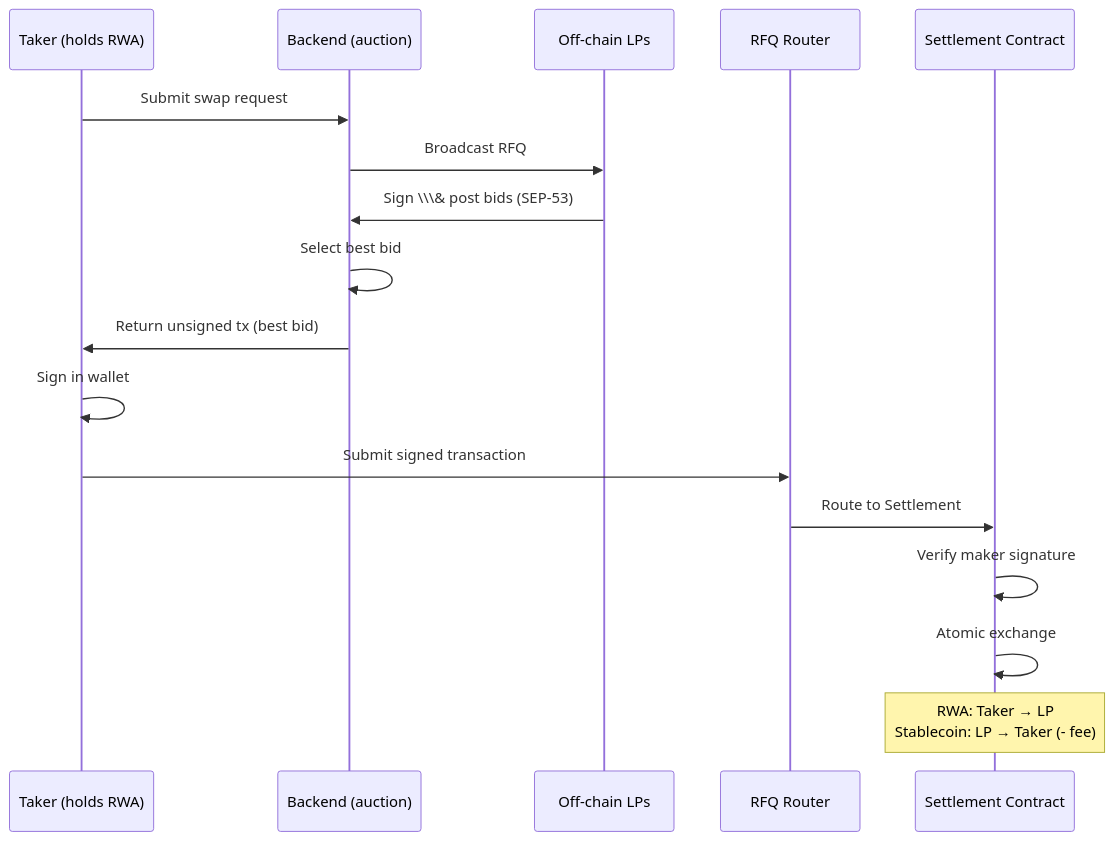
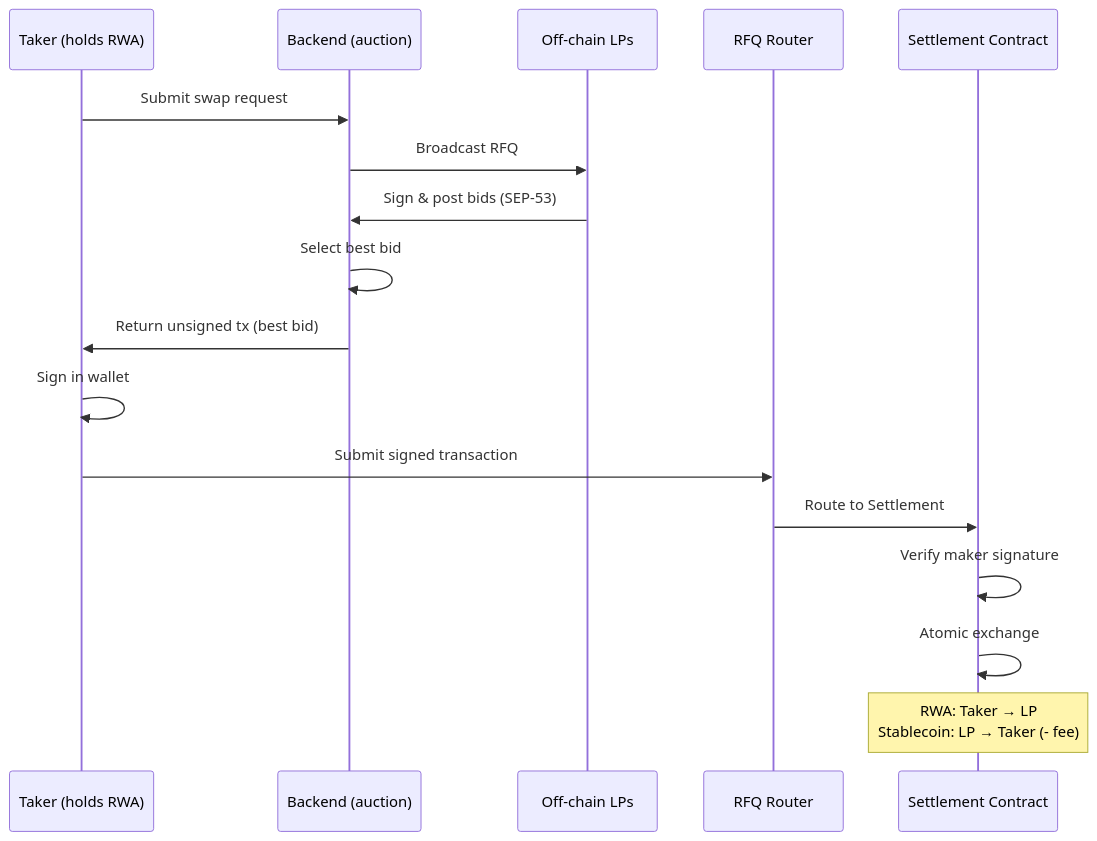
The fifth of 8 diagrams in docs/TECHNICAL_ARCHITECTURE.md (mystic-finance/Stellar-RFQ), drawn with Mermaid before and after one commit. The commit also changed other lines of this file, not shown here.

````diff
--- a/docs/TECHNICAL_ARCHITECTURE.md
+++ b/docs/TECHNICAL_ARCHITECTURE.md
@@ -331,20 +317,20 @@
 ```mermaid
 sequenceDiagram
     participant T as Taker (holds RWA)
     participant B as Backend (auction)
     participant LP as Off-chain LPs
     participant R as RFQ Router
     participant S as Settlement Contract
 
     T->>B: Submit swap request
     B->>LP: Broadcast RFQ
-    LP->>B: Sign \\\& post bids (SEP-53)
+    LP->>B: Sign & post bids (SEP-53)
     B->>B: Select best bid
     B->>T: Return unsigned tx (best bid)
     T->>T: Sign in wallet
     T->>R: Submit signed transaction
     R->>S: Route to Settlement
     S->>S: Verify maker signature
     S->>S: Atomic exchange
     Note over S: RWA: Taker → LP<br/>Stablecoin: LP → Taker (- fee)
 ```
````
